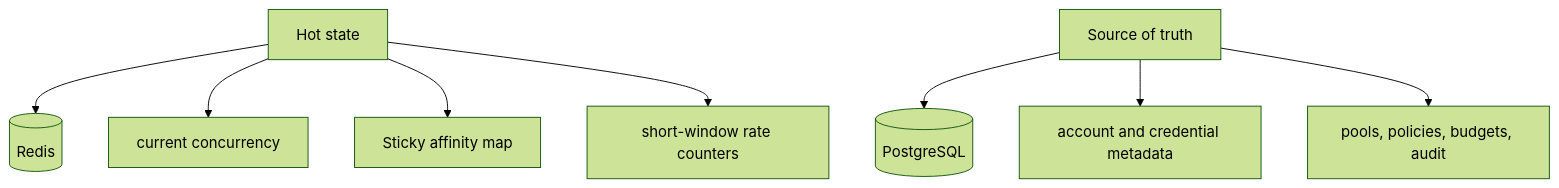
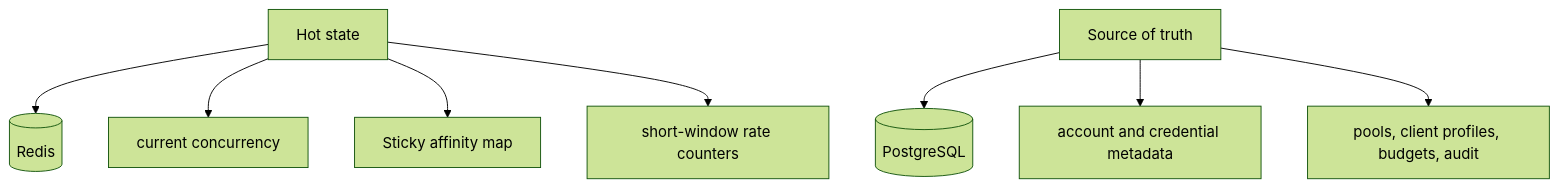
The sixth of 6 diagrams in docs/architecture.en.md (pczhao1210/ghcp-pool-proxy), drawn with Mermaid (forest theme) before and after one commit. The commit also changed other lines of this file and 20 other files, not shown here.

````diff
--- a/docs/architecture.en.md
+++ b/docs/architecture.en.md
@@ -146,10 +159,10 @@
 ```mermaid
 flowchart TD
   Hot["Hot state"] --> Redis[(Redis)]
   Cold["Source of truth"] --> Postgres[(PostgreSQL)]
   Hot --> Concurrency["current concurrency"]
   Hot --> Affinity["Sticky affinity map"]
   Hot --> RateLimit["short-window rate counters"]
   Cold --> Accounts["account and credential metadata"]
-  Cold --> Policies["pools, policies, budgets, audit"]
+  Cold --> Policies["pools, client profiles, budgets, audit"]
 ```
````
